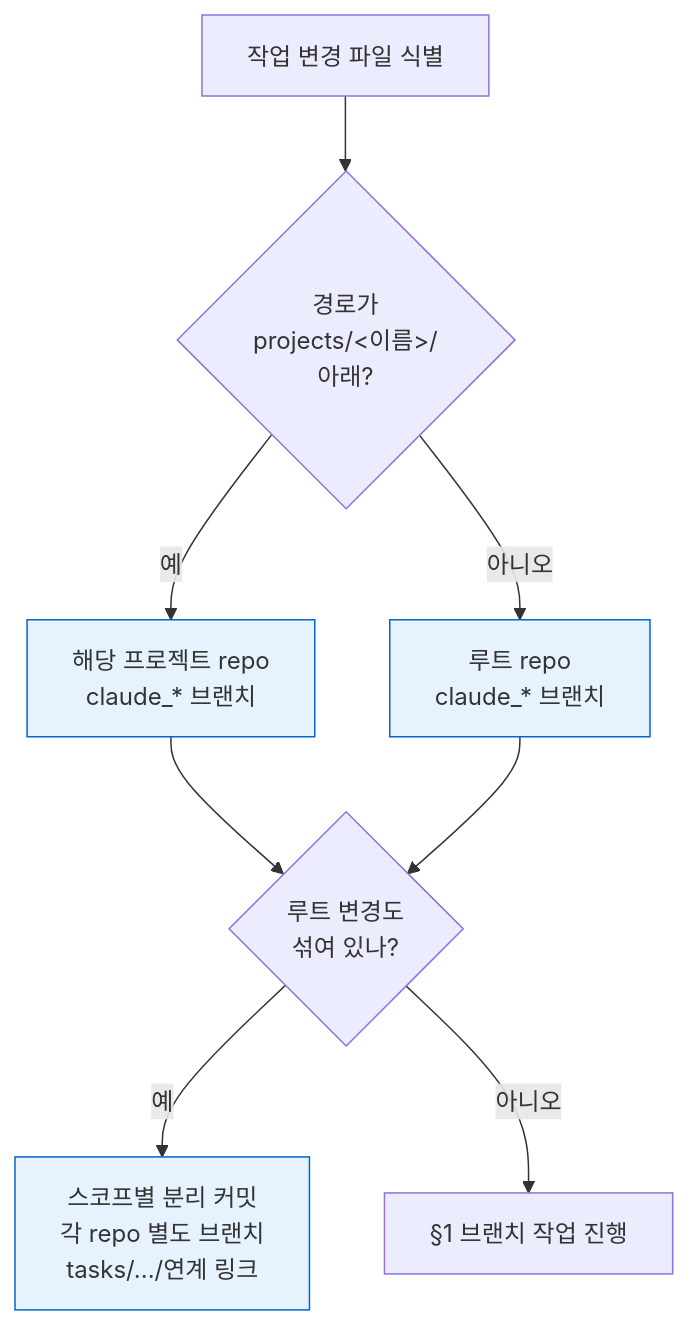
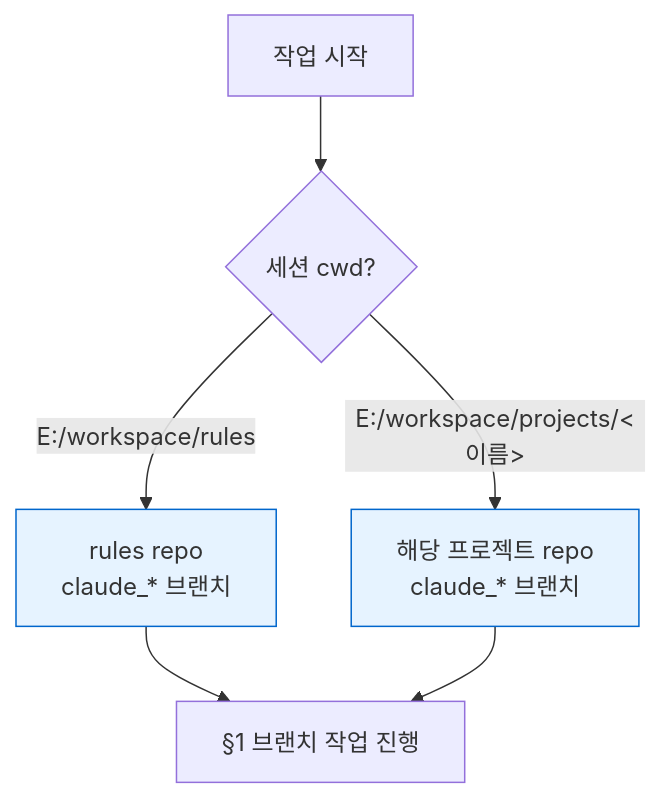
Before and after one commit to eskim-todoc/claude: the first of 7 diagrams in 지침/Git/워크플로우.md, drawn with Mermaid. The commit also changed other lines of this file and 1 other file, not shown here.

Commit message:
docs(git): 작업 스코프를 형제 repo(한 세션=한 repo) 모델로 단순화
git-under-git 소멸에 따라 "변경 파일 경로로 repo 판정"(중첩 전제)을
"세션 cwd = 작업 대상 repo"로 단순화.

- 브랜치, 병합 규칙.md §작업 스코프 재작성 + 혼합변경/위반복구 표 제거
- 워크플로우.md §0 스코프 플로우차트 cwd 기준으로 교체
- 학습노트의 루트 repo 경로 E:\Claude 표기 제거

````diff
--- a/지침/Git/워크플로우.md
+++ b/지침/Git/워크플로우.md
@@ -18,13 +18,11 @@
 ```mermaid
 flowchart TD
-    S[작업 변경 파일 식별] --> Q{경로가<br/>projects/&lt;이름&gt;/<br/>아래?}
-    Q -->|예| P[해당 프로젝트 repo<br/>claude_* 브랜치]
-    Q -->|아니오| R[루트 repo<br/>claude_* 브랜치]
-    P --> M{루트 변경도<br/>섞여 있나?}
-    R --> M
-    M -->|예| SP["스코프별 분리 커밋<br/>각 repo 별도 브랜치<br/>tasks/.../연계 링크"]
-    M -->|아니오| OK["§1 브랜치 작업 진행"]
+    S[작업 시작] --> Q{세션 cwd?}
+    Q -->|E:/workspace/rules| R[rules repo<br/>claude_* 브랜치]
+    Q -->|E:/workspace/projects/&lt;이름&gt;| P[해당 프로젝트 repo<br/>claude_* 브랜치]
+    R --> OK["§1 브랜치 작업 진행"]
+    P --> OK["§1 브랜치 작업 진행"]
 
     classDef scope fill:#e6f3ff,stroke:#06c
-    class P,R,SP scope
+    class P,R scope
 ```
````
